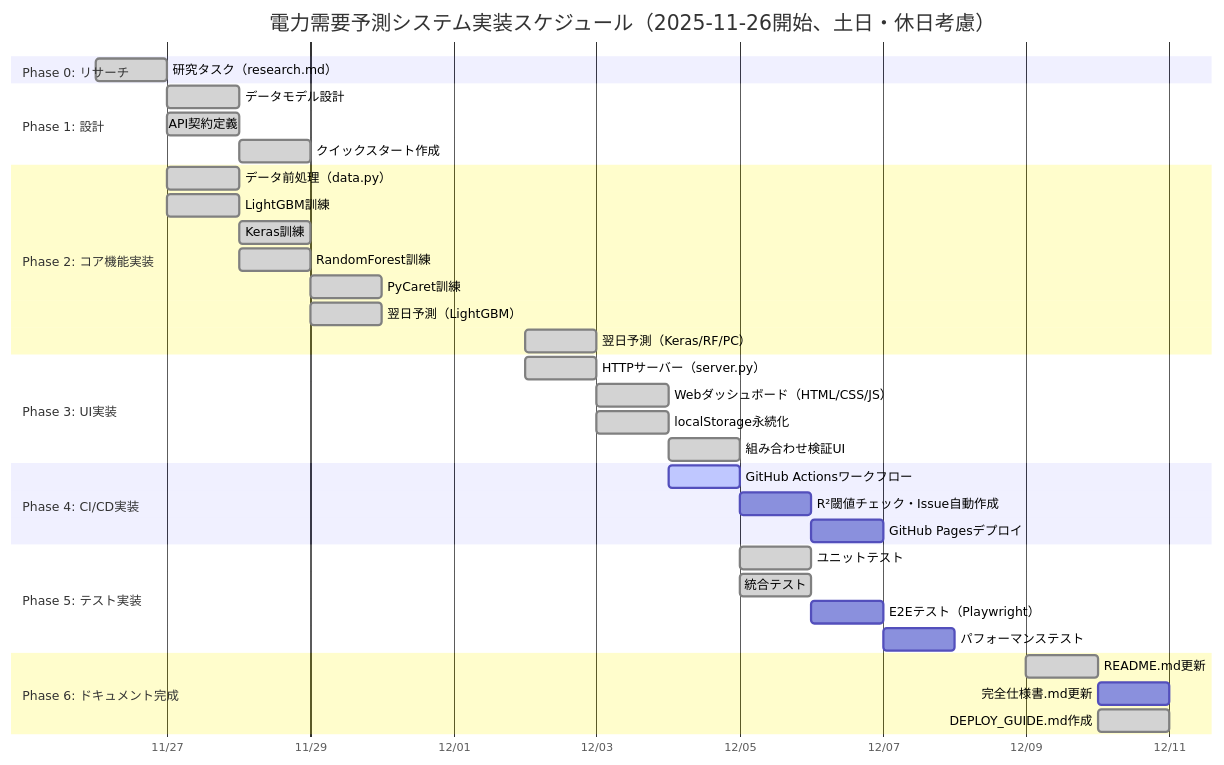
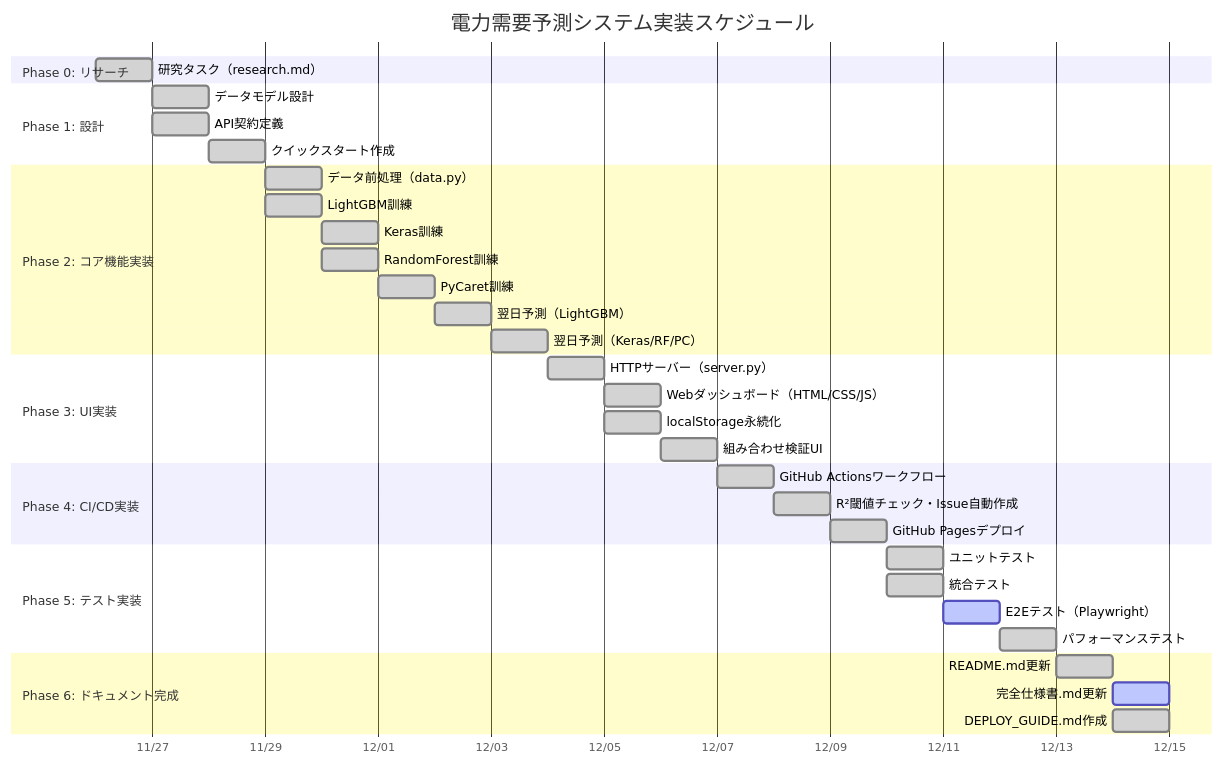
The diagram in specs/001-Power-Demand-Forecast/plan.md (J1921604/Power-Demand-Forecast), drawn with Mermaid before and after one commit. The commit also changed other lines of this file and 5 other files, not shown here.

````diff
--- a/specs/001-Power-Demand-Forecast/plan.md
+++ b/specs/001-Power-Demand-Forecast/plan.md
@@ -566,45 +623,45 @@
 ```mermaid
 gantt
-    title 電力需要予測システム実装スケジュール（2025-11-26開始、土日・休日考慮）
+    title 電力需要予測システム実装スケジュール
     dateFormat YYYY-MM-DD
     axisFormat %m/%d
     
     section Phase 0: リサーチ
     研究タスク（research.md）           :done, p0, 2025-11-26, 1d
     
     section Phase 1: 設計
     データモデル設計                    :done, p1, after p0, 1d
     API契約定義                         :done, p1_2, after p0, 1d
     クイックスタート作成                :done, p1_3, after p1_2, 1d
     
     section Phase 2: コア機能実装
-    データ前処理（data.py）             :done, p2_1, 2025-11-27, 1d
-    LightGBM訓練                        :done, p2_2, 2025-11-27, 1d
-    Keras訓練                           :done, p2_3, 2025-11-28, 1d
-    RandomForest訓練                    :done, p2_4, 2025-11-28, 1d
-    PyCaret訓練                         :done, p2_5, 2025-11-29, 1d
-    翌日予測（LightGBM）                :done, p2_6, 2025-11-29, 1d
-    翌日予測（Keras/RF/PC）             :done, p2_7, 2025-12-02, 1d
+    データ前処理（data.py）             :done, p2_1, after p1_3, 1d
+    LightGBM訓練                        :done, p2_2, after p1_3, 1d
+    Keras訓練                           :done, p2_3, after p2_2, 1d
+    RandomForest訓練                    :done, p2_4, after p2_2, 1d
+    PyCaret訓練                         :done, p2_5, after p2_4, 1d
+    翌日予測（LightGBM）                :done, p2_6, after p2_5, 1d
+    翌日予測（Keras/RF/PC）             :done, p2_7, after p2_6, 1d
     
     section Phase 3: UI実装
-    HTTPサーバー（server.py）           :done, p3_1, 2025-12-02, 1d
-    Webダッシュボード（HTML/CSS/JS）    :done, p3_2, 2025-12-03, 1d
-    localStorage永続化                  :done, p3_3, 2025-12-03, 1d
-    組み合わせ検証UI                    :done, p3_4, 2025-12-04, 1d
+    HTTPサーバー（server.py）           :done, p3_1, after p2_7, 1d
+    Webダッシュボード（HTML/CSS/JS）    :done, p3_2, after p3_1, 1d
+    localStorage永続化                  :done, p3_3, after p3_1, 1d
+    組み合わせ検証UI                    :done, p3_4, after p3_3, 1d
     
     section Phase 4: CI/CD実装
-    GitHub Actionsワークフロー           :active, p4_1, 2025-12-04, 1d
-    R²閾値チェック・Issue自動作成        :p4_2, after p4_1, 1d
-    GitHub Pagesデプロイ                 :p4_3, after p4_2, 1d
+    GitHub Actionsワークフロー           :done, p4_1, after p3_4, 1d
+    R²閾値チェック・Issue自動作成        :done, p4_2, after p4_1, 1d
+    GitHub Pagesデプロイ                 :done, p4_3, after p4_2, 1d
     
     section Phase 5: テスト実装
-    ユニットテスト                      :done, p5_1, 2025-12-05, 1d
-    統合テスト                          :done, p5_2, 2025-12-05, 1d
-    E2Eテスト（Playwright）             :p5_3, 2025-12-06, 1d
-    パフォーマンステスト                :p5_4, after p5_3, 1d
+    ユニットテスト                      :done, p5_1, after p4_3, 1d
+    統合テスト                          :done, p5_2, after p4_3, 1d
+    E2Eテスト（Playwright）             :active, p5_3, after p5_2, 1d
+    パフォーマンステスト                :done, p5_4, after p5_3, 1d
     
     section Phase 6: ドキュメント完成
-    README.md更新                       :done, p6_1, 2025-12-09, 1d
-    完全仕様書.md更新                   :p6_2, after p6_1, 1d
-    DEPLOY_GUIDE.md作成                 :done, p6_3, 2025-12-10, 1d
+    README.md更新                       :done, p6_1, after p5_4, 1d
+    完全仕様書.md更新                   :active, p6_2, after p6_1, 1d
+    DEPLOY_GUIDE.md作成                 :done, p6_3, after p6_1, 1d
 ```
````
